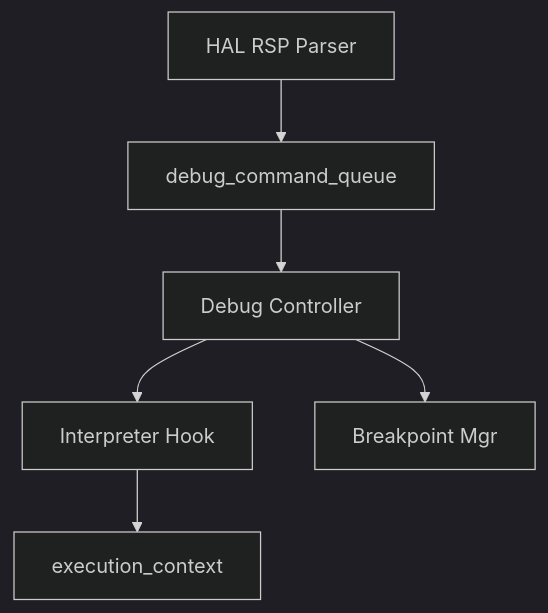
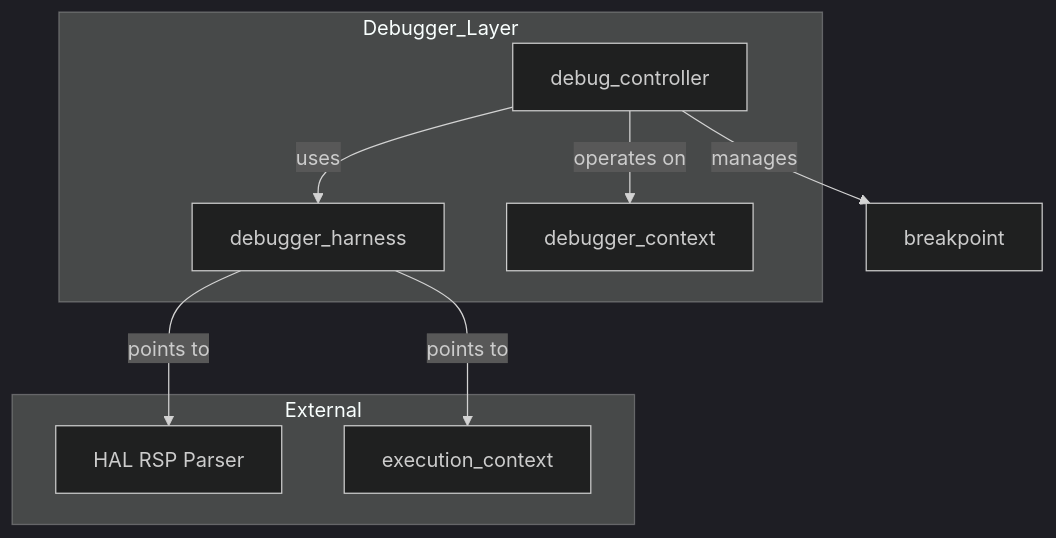
Before and after one commit to kmt-t/fireball: the first of 3 diagrams in docs/orders/components/debugger.md, drawn with Mermaid (dark theme). The commit also changed other lines of this file and 22 other files, not shown here.

````diff
--- a/docs/orders/components/debugger.md
+++ b/docs/orders/components/debugger.md
@@ -13,8 +17,19 @@
 ```mermaid
 graph TD
-    HAL[HAL RSP Parser] --> Queue[debug_command_queue]
-    Queue --> Ctrl[Debug Controller]
-    Ctrl --> Interp[Interpreter Hook]
-    Ctrl --> BP[Breakpoint Mgr]
-    Interp --> vSoC[execution_context]
+    subgraph Debugger_Layer
+        Harness[debugger_harness]
+        Ctrl[debug_controller]
+        Context[debugger_context]
+    end
+
+    subgraph External
+        HAL[HAL RSP Parser]
+        ECtx[execution_context]
+    end
+
+    Ctrl -- uses --> Harness
+    Harness -- points to --> ECtx
+    Harness -- points to --> HAL
+    Ctrl -- operates on --> Context
+    Ctrl -- manages --> BP[breakpoint]
 ```
````
